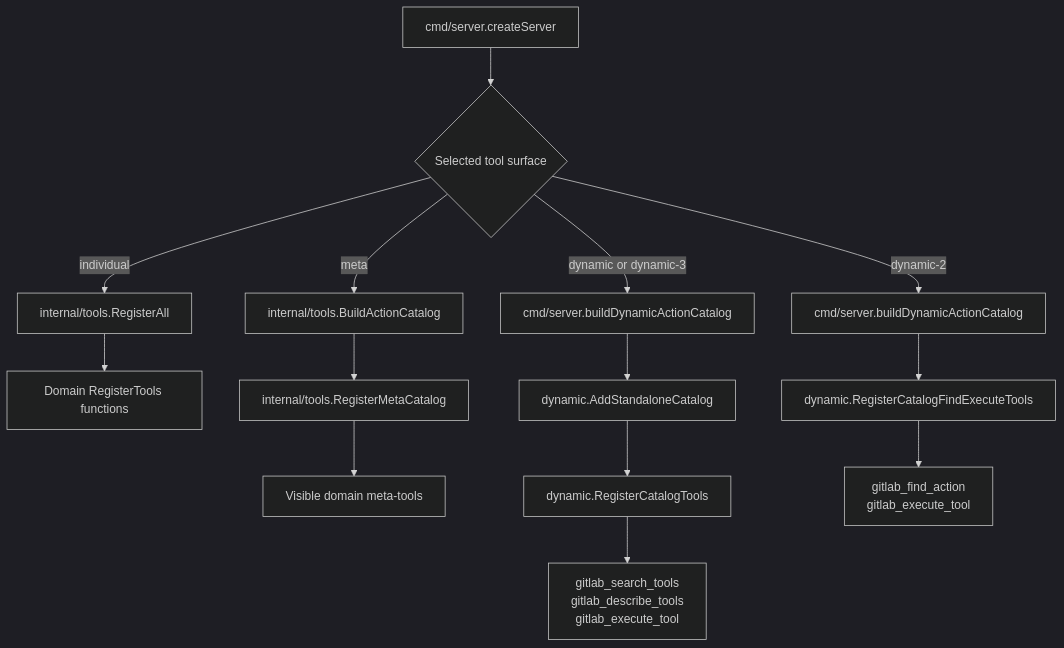
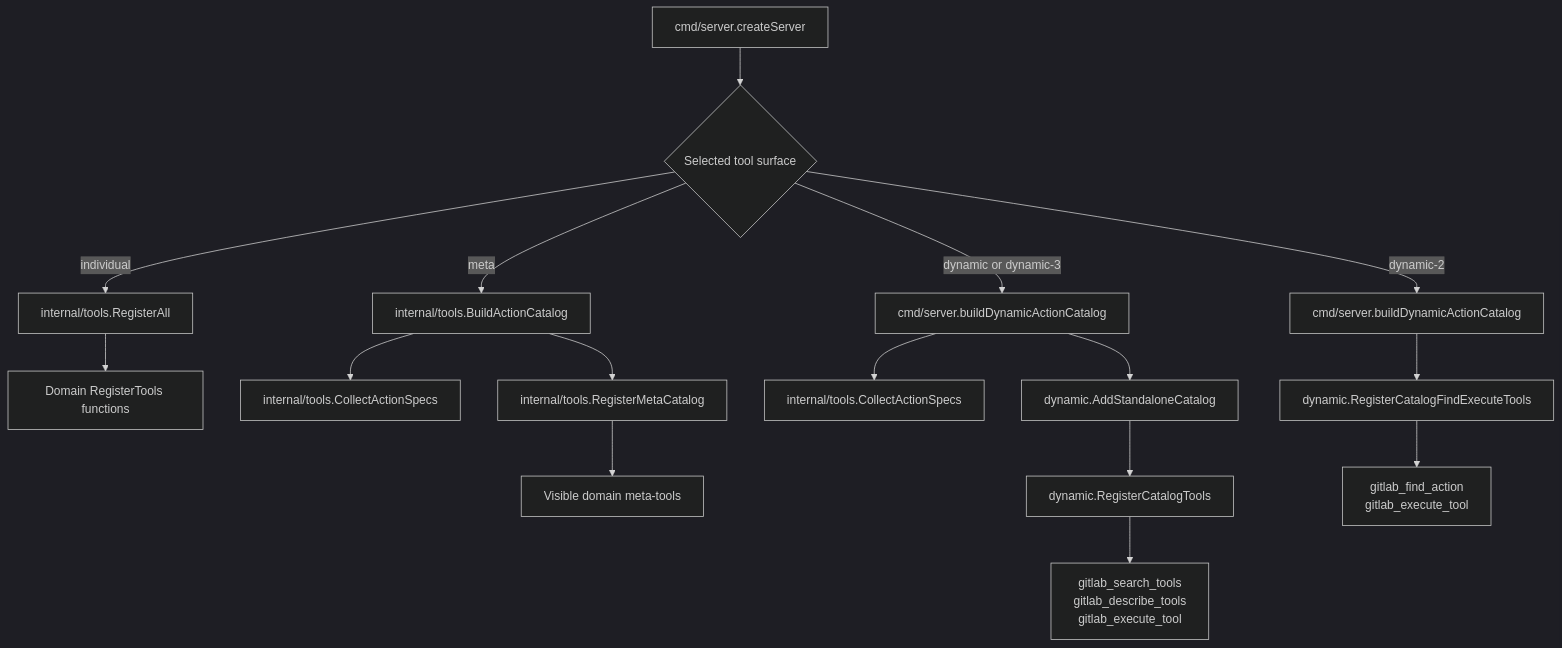
Before and after one commit to jmrplens/gitlab-mcp-server: the second of 2 diagrams in docs/development/tool-surfaces-and-action-core.md, drawn with Mermaid (dark theme). The commit also changed other lines of this file and 174 other files, not shown here.

````diff
--- a/docs/development/tool-surfaces-and-action-core.md
+++ b/docs/development/tool-surfaces-and-action-core.md
@@ -65,23 +82,25 @@
 ```mermaid
 flowchart TD
     server[cmd/server.createServer]
     selector{Selected tool surface}
 
     server --> selector
 
     selector -->|individual| registerAll[internal/tools.RegisterAll]
     registerAll --> domainTools[Domain RegisterTools functions]
 
     selector -->|meta| buildMeta[internal/tools.BuildActionCatalog]
+    buildMeta --> collectSpecs[internal/tools.CollectActionSpecs]
     buildMeta --> registerMeta[internal/tools.RegisterMetaCatalog]
     registerMeta --> metaTools[Visible domain meta-tools]
 
     selector -->|dynamic or dynamic-3| buildDynamic[cmd/server.buildDynamicActionCatalog]
+    buildDynamic --> collectDynamicSpecs[internal/tools.CollectActionSpecs]
     buildDynamic --> standalone[dynamic.AddStandaloneCatalog]
     standalone --> dynamic3[dynamic.RegisterCatalogTools]
     dynamic3 --> threeTools[gitlab_search_tools\ngitlab_describe_tools\ngitlab_execute_tool]
 
     selector -->|dynamic-2| buildDynamic2[cmd/server.buildDynamicActionCatalog]
     buildDynamic2 --> dynamic2[dynamic.RegisterCatalogFindExecuteTools]
     dynamic2 --> twoTools[gitlab_find_action\ngitlab_execute_tool]
 ```
````
